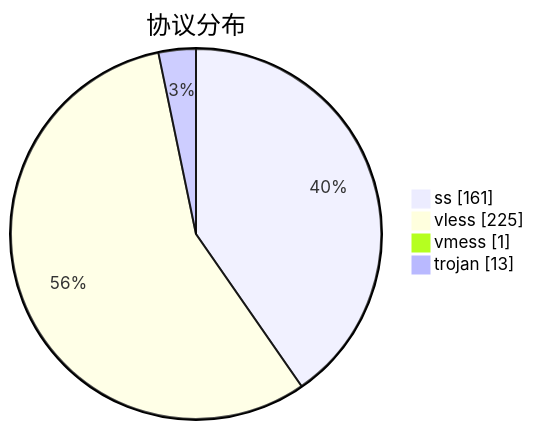
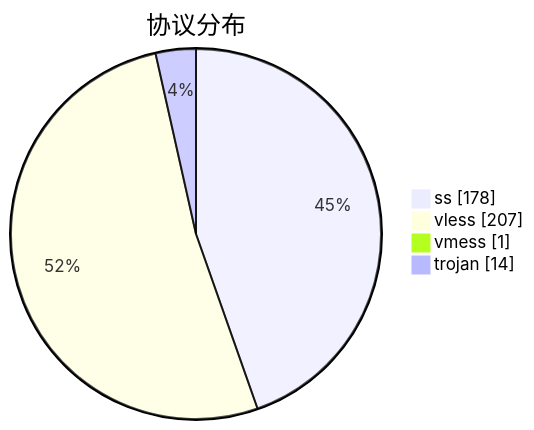
One commit to qjlxg/airport changed the third of 3 diagrams in subs/statistics/tested_within.md. Above: the diagram before and after it, drawn with Mermaid. The commit also changed other lines of this file and 2 other files, not shown here.

````diff
--- a/subs/statistics/tested_within.md
+++ b/subs/statistics/tested_within.md
@@ -36,8 +37,8 @@
 ```mermaid
 pie showData
 title 协议分布
-"ss" : 161
-"vless" : 225
+"ss" : 178
+"vless" : 207
 "vmess" : 1
-"trojan" : 13
+"trojan" : 14
 ```
````
